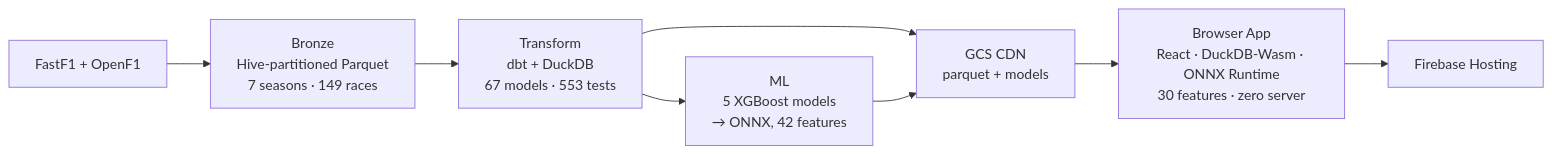
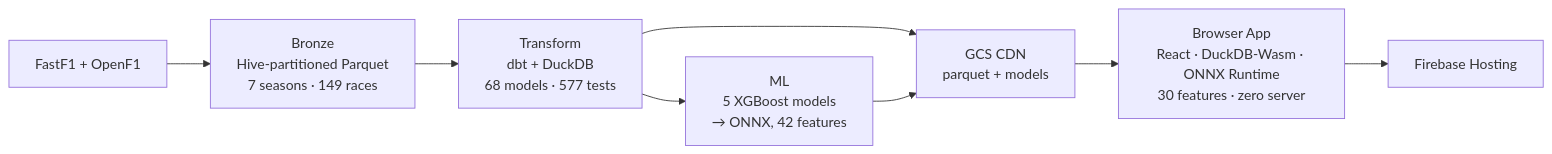
Before and after one commit to JustinClarke/off-the-pace: the diagram in README.md, drawn with Mermaid. The commit also changed other lines of this file and 89 other files, not shown here.

````diff
--- a/README.md
+++ b/README.md
@@ -61,10 +61,10 @@
 ```mermaid
 flowchart LR
     A["FastF1 + OpenF1"] --> B["Bronze<br/>Hive-partitioned Parquet<br/>7 seasons · 149 races"]
-    B --> C["Transform<br/>dbt + DuckDB<br/>67 models · 553 tests"]
+    B --> C["Transform<br/>dbt + DuckDB<br/>68 models · 577 tests"]
     C --> D["ML<br/>5 XGBoost models<br/>→ ONNX, 42 features"]
     C --> E["GCS CDN<br/>parquet + models"]
     D --> E
     E --> F["Browser App<br/>React · DuckDB-Wasm · ONNX Runtime<br/>30 features · zero server"]
     F --> G["Firebase Hosting"]
 ```
````
